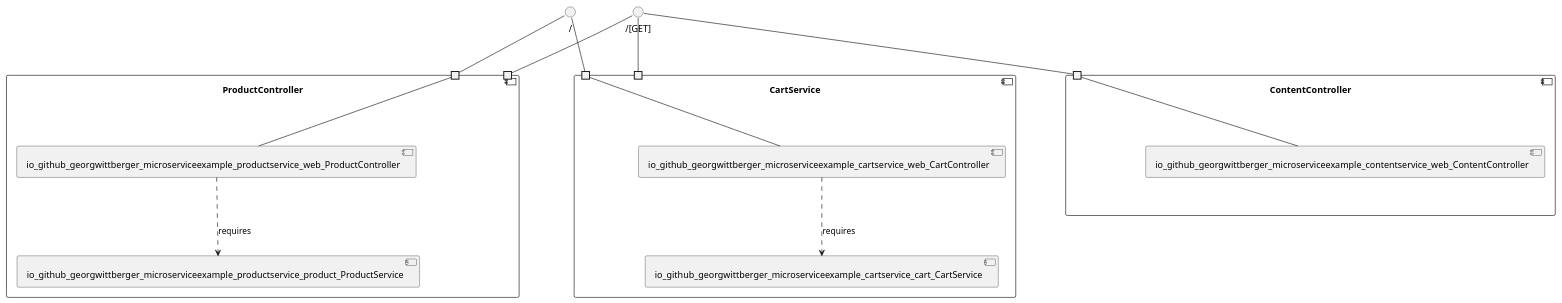
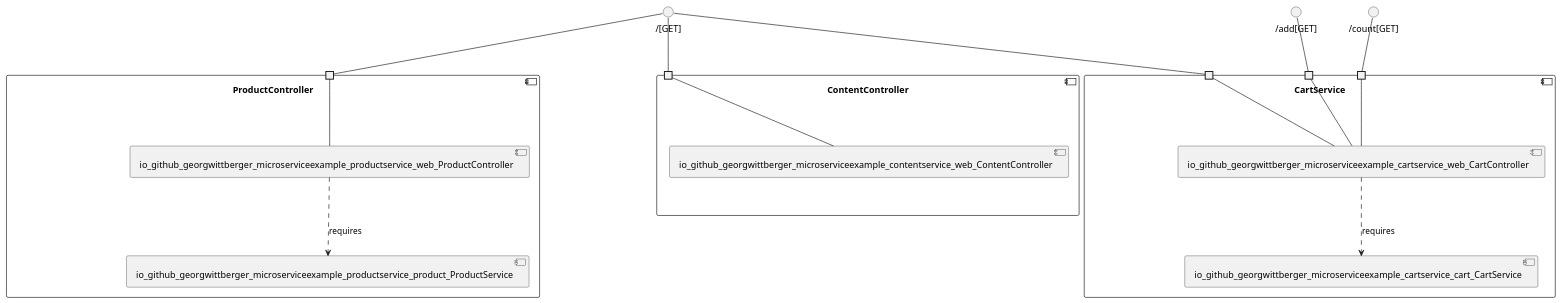
The diagram in georgwittberger-example/model_re/uml/componentDiagram.puml (View-Based-Reverse-Engineering/Retriever-Benchmark), drawn with PlantUML before and after one commit. The commit also changed 135 other files, not shown here.

```diff
--- a/georgwittberger-example/model_re/uml/componentDiagram.puml
+++ b/georgwittberger-example/model_re/uml/componentDiagram.puml
@@ -1,35 +1,37 @@
 @startuml
 skinparam fixCircleLabelOverlapping true
 component "CartService\n\n\n\n\n\n" {
 [io_github_georgwittberger_microserviceexample_cartservice_cart_CartService]
 [io_github_georgwittberger_microserviceexample_cartservice_web_CartController]
+portin " " as CartService.requires._add_GET_
+portin " " as CartService.requires._count_GET_
 portin " " as CartService.requires.__GET_
-portin " " as CartService.requires._
 [io_github_georgwittberger_microserviceexample_cartservice_web_CartController]..>[io_github_georgwittberger_microserviceexample_cartservice_cart_CartService] : requires
-"CartService.requires._"--[io_github_georgwittberger_microserviceexample_cartservice_web_CartController]
+"CartService.requires.__GET_"--[io_github_georgwittberger_microserviceexample_cartservice_web_CartController]
+"CartService.requires._add_GET_"--[io_github_georgwittberger_microserviceexample_cartservice_web_CartController]
+"CartService.requires._count_GET_"--[io_github_georgwittberger_microserviceexample_cartservice_web_CartController]
 }
-interface "/" as interface._
-interface._--"CartService.requires._"
 interface "/[GET]" as interface.__GET_
 interface.__GET_--"CartService.requires.__GET_"
+interface "/add[GET]" as interface._add_GET_
+interface._add_GET_--"CartService.requires._add_GET_"
+interface "/count[GET]" as interface._count_GET_
+interface._count_GET_--"CartService.requires._count_GET_"
 component "ContentController\n\n\n\n\n\n" {
 [io_github_georgwittberger_microserviceexample_contentservice_web_ContentController]
 portin " " as ContentController.requires.__GET_
 "ContentController.requires.__GET_"--[io_github_georgwittberger_microserviceexample_contentservice_web_ContentController]
 }
 interface "/[GET]" as interface.__GET_
 interface.__GET_--"ContentController.requires.__GET_"
 component "ProductController\n\n\n\n\n\n" {
+[io_github_georgwittberger_microserviceexample_productservice_product_ProductService]
 [io_github_georgwittberger_microserviceexample_productservice_web_ProductController]
-[io_github_georgwittberger_microserviceexample_productservice_product_ProductService]
-portin " " as ProductController.requires._
 portin " " as ProductController.requires.__GET_
 [io_github_georgwittberger_microserviceexample_productservice_web_ProductController]..>[io_github_georgwittberger_microserviceexample_productservice_product_ProductService] : requires
-"ProductController.requires._"--[io_github_georgwittberger_microserviceexample_productservice_web_ProductController]
+"ProductController.requires.__GET_"--[io_github_georgwittberger_microserviceexample_productservice_web_ProductController]
 }
-interface "/" as interface._
-interface._--"ProductController.requires._"
 interface "/[GET]" as interface.__GET_
 interface.__GET_--"ProductController.requires.__GET_"
 
 @enduml
```
